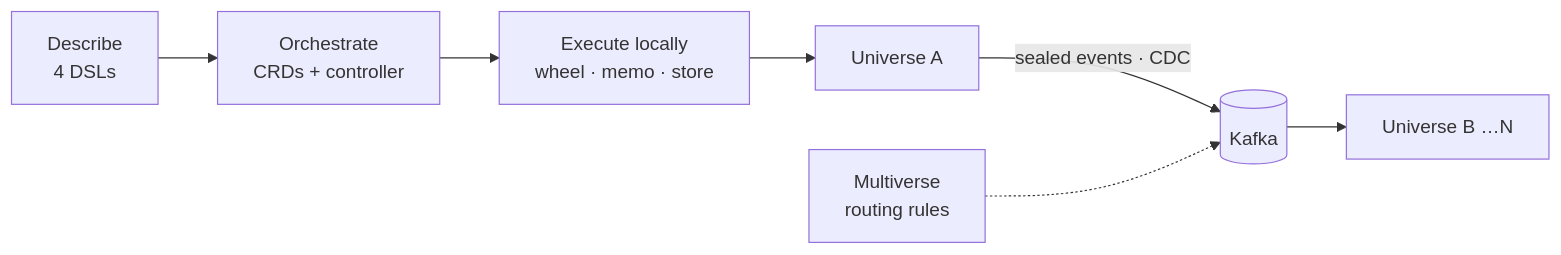
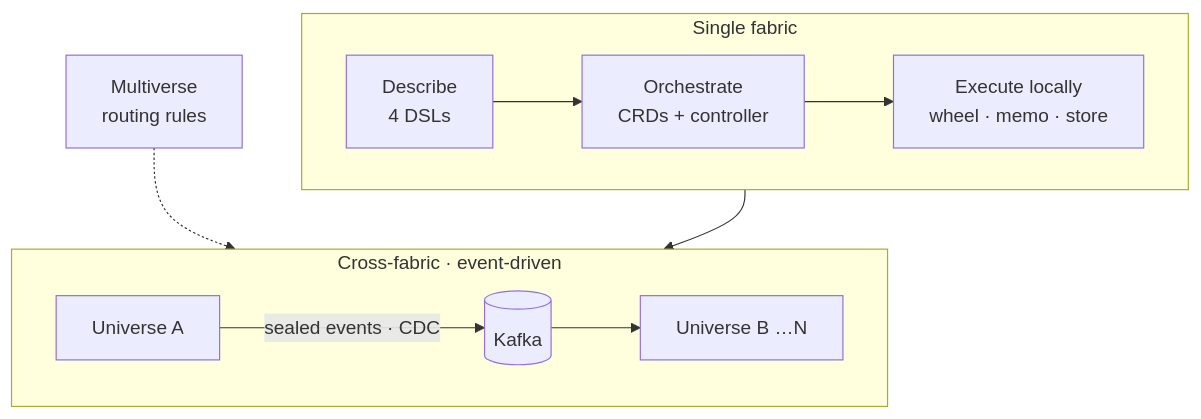
Before and after one commit to jmjava/uber-lang-of-compute: the diagram in README.md, drawn with Mermaid. The commit also changed 1 other file, not shown here.

Commit message:
docs: narrow README diagram to two rows (max 3 boxes wide)
Stack single-fabric and cross-fabric flows vertically so the banner
fits GitHub README width without horizontal scroll.

````diff
--- a/README.md
+++ b/README.md
@@ -3,9 +3,13 @@
 ```mermaid
-flowchart LR
-  DSL["Describe<br/>4 DSLs"] --> K8S["Orchestrate<br/>CRDs + controller"]
-  K8S --> FAB["Execute locally<br/>wheel · memo · store"]
-  FAB --> UA["Universe A"]
-  UA -->|sealed events · CDC| KFK[(Kafka)]
-  KFK --> UB["Universe B …N"]
+flowchart TB
+  subgraph r1 [Single fabric]
+    direction LR
+    DSL["Describe<br/>4 DSLs"] --> K8S["Orchestrate<br/>CRDs + controller"] --> FAB["Execute locally<br/>wheel · memo · store"]
+  end
+  subgraph r2 [Cross-fabric · event-driven]
+    direction LR
+    UA["Universe A"] -->|sealed events · CDC| KFK[(Kafka)] --> UB["Universe B …N"]
+  end
   MV["Multiverse<br/>routing rules"] -.-> KFK
+  FAB --> UA
 ```
````
